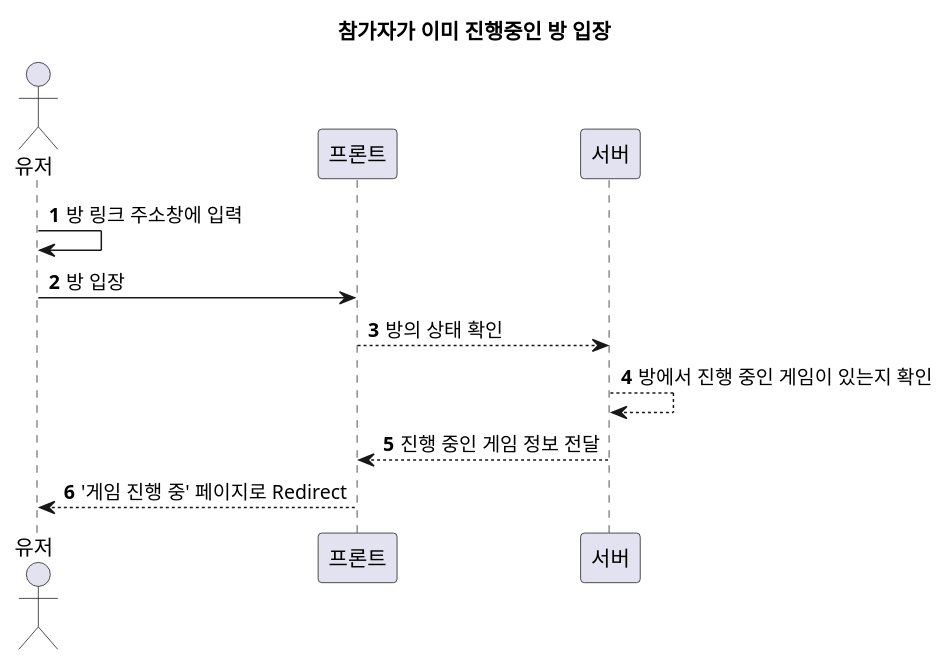
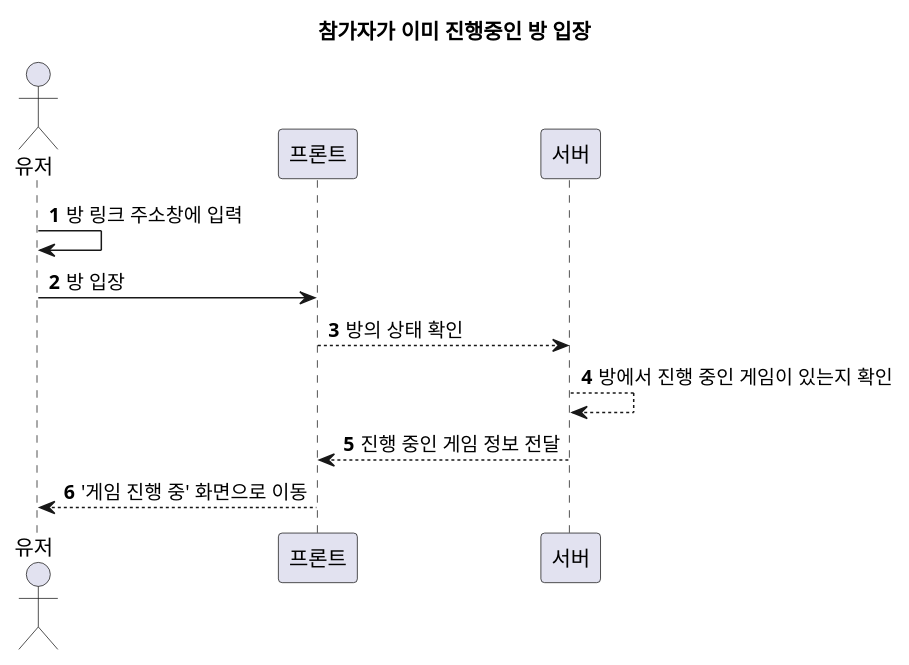
One commit to youngcha-lab/liar-game changed the diagram in liar-game-app/docs/user_join_ongoing_room.puml. Above: the diagram before and after it, drawn with PlantUML. The commit also changed 2 other files, not shown here.

Commit message:
Update squence diagram

```diff
--- a/liar-game-app/docs/user_join_ongoing_room.puml
+++ b/liar-game-app/docs/user_join_ongoing_room.puml
@@ -1,18 +1,18 @@
 @startuml
 !pragma layout smetana
 
 actor 유저 as user
 participant 프론트 as fe
 participant 서버 as server
 
 title 참가자가 이미 진행중인 방 입장
 
 autonumber
 user -> user: 방 링크 주소창에 입력
 user -> fe: 방 입장
 fe --> server: 방의 상태 확인
 server --> server: 방에서 진행 중인 게임이 있는지 확인
 server --> fe: 진행 중인 게임 정보 전달
-fe --> user: '게임 진행 중' 페이지로 Redirect
+fe --> user: '게임 진행 중' 화면으로 이동
 
 @enduml
```
